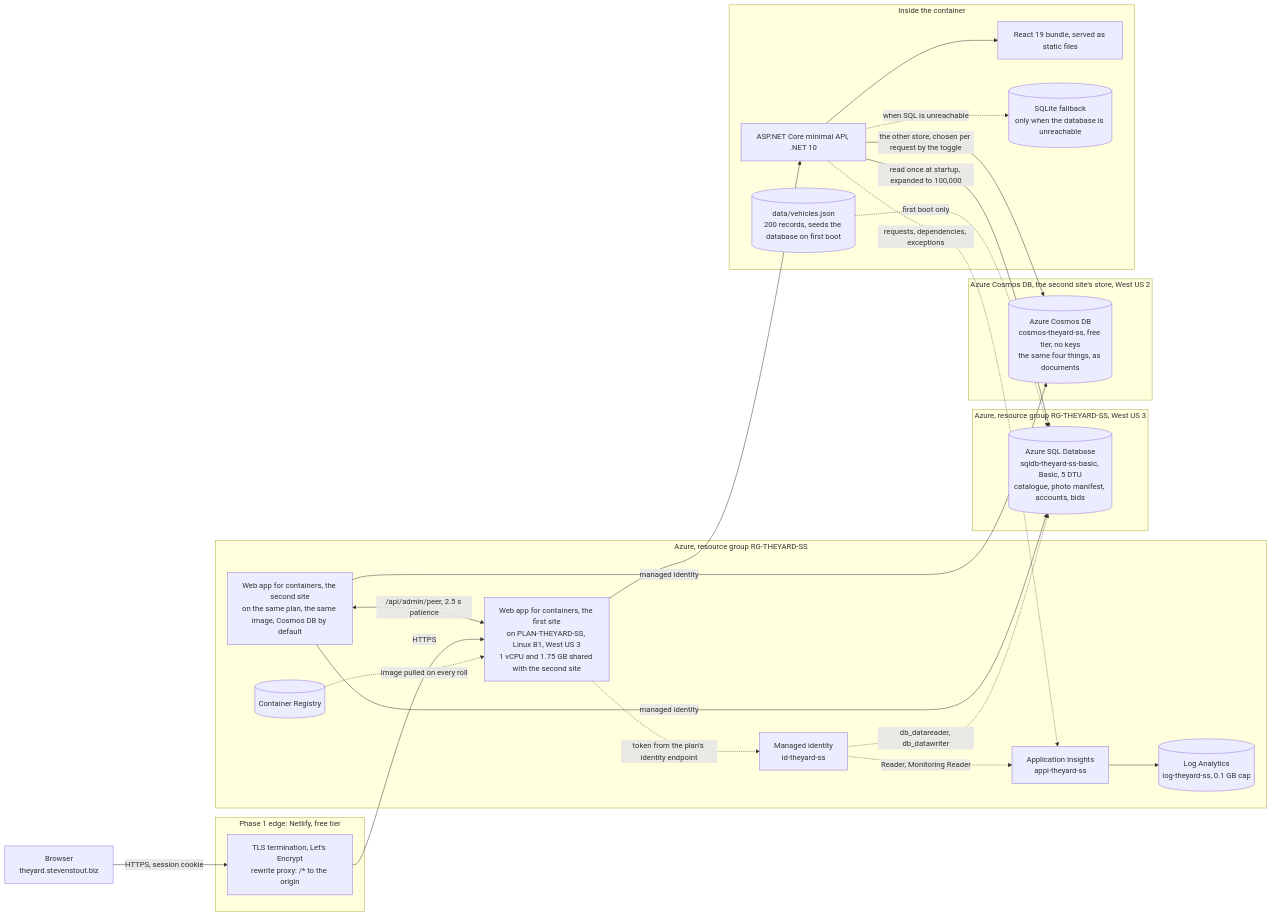
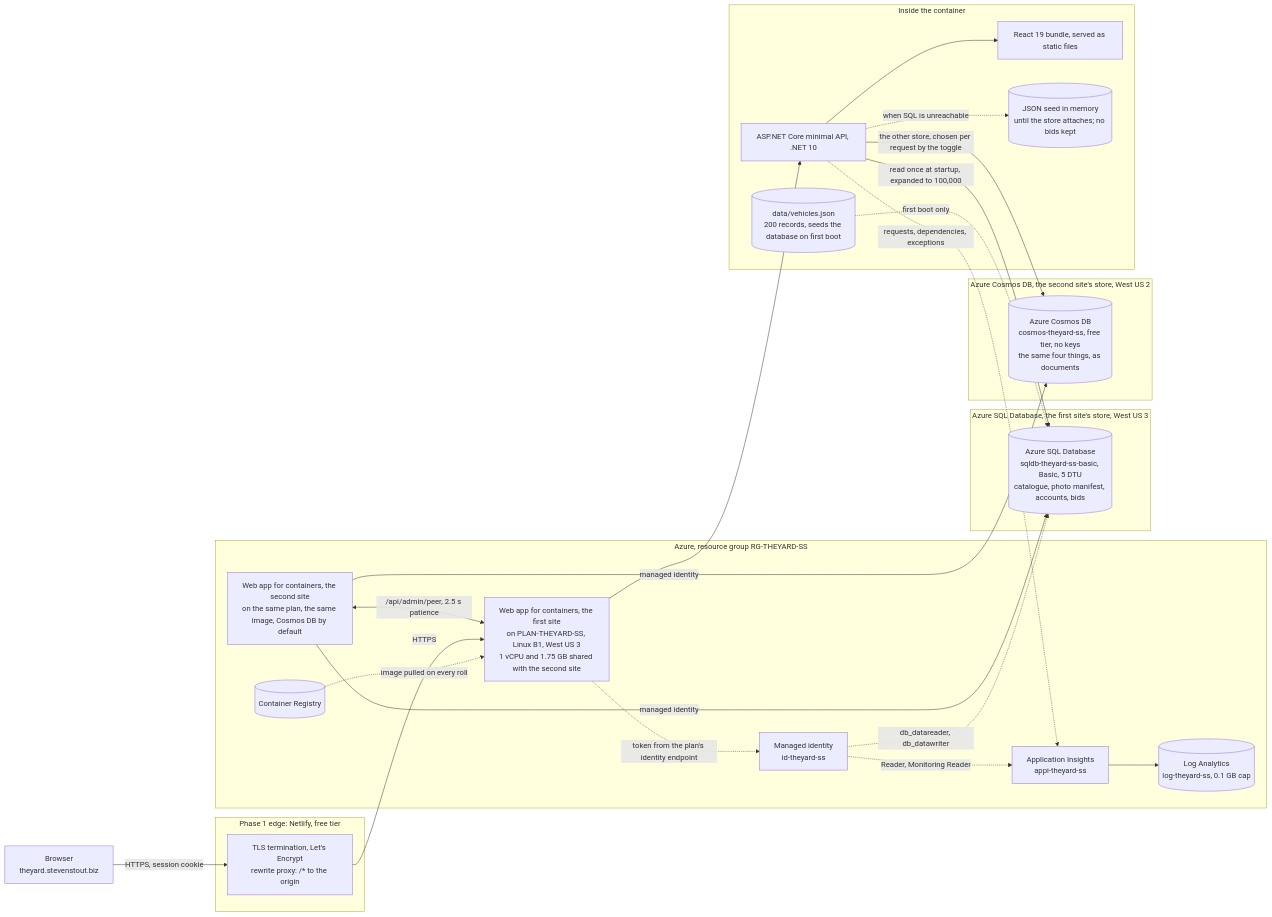
Before and after one commit to SteveStout/TheYard: the first of 3 diagrams in docs/ARCHITECTURE.md, drawn with Mermaid. The commit also changed other lines of this file and 100 other files, not shown here.

````diff
--- a/docs/ARCHITECTURE.md
+++ b/docs/ARCHITECTURE.md
@@ -33,51 +33,51 @@
 ```mermaid
 flowchart LR
   B["Browser<br/>theyard.stevenstout.biz"]
 
   subgraph edge["Phase 1 edge: Netlify, free tier"]
     TLS["TLS termination, Let's Encrypt<br/>rewrite proxy: /* to the origin"]
   end
 
   subgraph azure["Azure, resource group RG-THEYARD-SS"]
     ACI["Web app for containers, the first site<br/>on PLAN-THEYARD-SS, Linux B1, West US 3<br/>1 vCPU and 1.75 GB shared with the second site"]
     ACR[("Container Registry")]
     MI["Managed identity<br/>id-theyard-ss"]
     AI["Application Insights<br/>appi-theyard-ss"]
     LAW[("Log Analytics<br/>log-theyard-ss, 0.1 GB cap")]
     ACI2["Web app for containers, the second site<br/>on the same plan, the same image, Cosmos DB by default"]
   end
 
-  subgraph sql["Azure, resource group RG-THEYARD-SS, West US 3"]
+  subgraph sql["Azure SQL Database, the first site's store, West US 3"]
     SQL[("Azure SQL Database<br/>sqldb-theyard-ss-basic, Basic, 5 DTU<br/>catalogue, photo manifest, accounts, bids")]
   end
 
   subgraph cosmos["Azure Cosmos DB, the second site's store, West US 2"]
     COSMOS[("Azure Cosmos DB<br/>cosmos-theyard-ss, free tier, no keys<br/>the same four things, as documents")]
   end
 
   ACI2 -->|managed identity| COSMOS
   ACI2 -->|managed identity| SQL
   ACI2 <-->|/api/admin/peer, 2.5 s patience| ACI
 
   subgraph box["Inside the container"]
     API["ASP.NET Core minimal API, .NET 10"]
     SPA["React 19 bundle, served as static files"]
     SEED[("data/vehicles.json<br/>200 records, seeds the database on first boot")]
-    FILE[("SQLite fallback<br/>only when the database is unreachable")]
+    FILE[("JSON seed in memory<br/>until the store attaches; no bids kept")]
   end
 
   B -->|HTTPS, session cookie| TLS
   TLS -->|HTTPS| ACI
   ACI --> API
   API --> SPA
   API -->|read once at startup, expanded to 100,000| SQL
   API -->|the other store, chosen per request by the toggle| COSMOS
   API -.->|when SQL is unreachable| FILE
   MI -.->|db_datareader, db_datawriter| SQL
   SEED -.->|first boot only| SQL
   ACR -.->|image pulled on every roll| ACI
   ACI -.->|token from the plan's identity endpoint| MI
   MI -.->|Reader, Monitoring Reader| AI
   API -.->|requests, dependencies, exceptions| AI
   AI --> LAW
 ```
````
